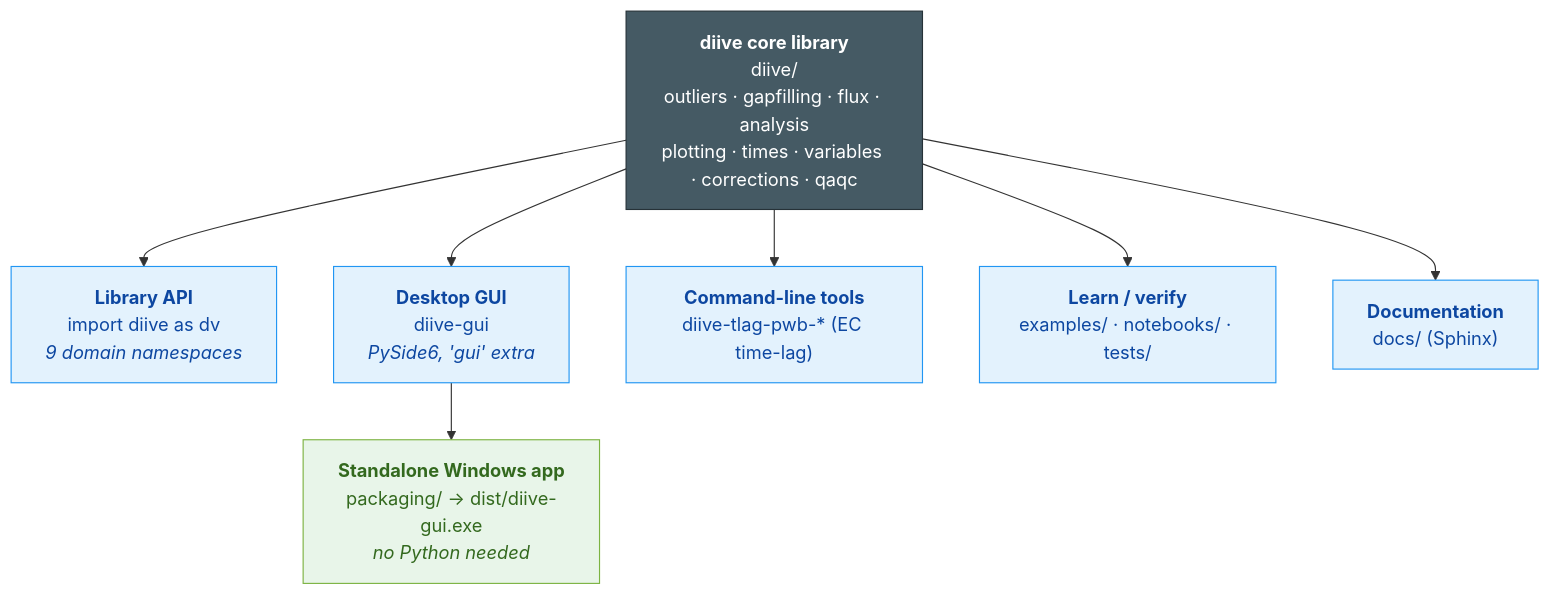
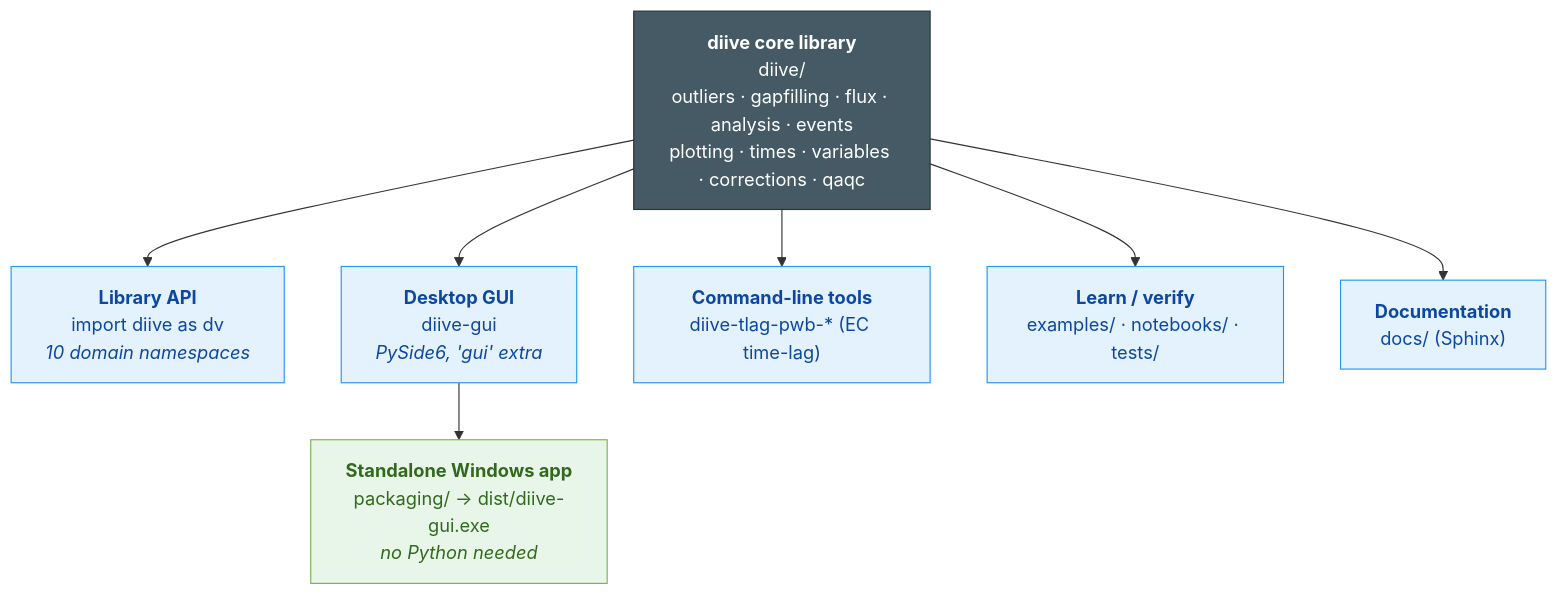
Before and after one commit to holukas/diive: the diagram in OVERVIEW.md, drawn with Mermaid. The commit also changed other lines of this file and 18 other files, not shown here.

````diff
--- a/OVERVIEW.md
+++ b/OVERVIEW.md
@@ -10,19 +10,19 @@
 ```mermaid
 flowchart TD
-    core["<b>diive core library</b><br/>diive/<br/>outliers · gapfilling · flux · analysis<br/>plotting · times · variables · corrections · qaqc"]
+    core["<b>diive core library</b><br/>diive/<br/>outliers · gapfilling · flux · analysis · events<br/>plotting · times · variables · corrections · qaqc"]
 
-    core --> lib["<b>Library API</b><br/>import diive as dv<br/><i>9 domain namespaces</i>"]
+    core --> lib["<b>Library API</b><br/>import diive as dv<br/><i>10 domain namespaces</i>"]
     core --> gui["<b>Desktop GUI</b><br/>diive-gui<br/><i>PySide6, 'gui' extra</i>"]
     core --> cli["<b>Command-line tools</b><br/>diive-tlag-pwb-* (EC time-lag)"]
     core --> learn["<b>Learn / verify</b><br/>examples/ · notebooks/ · tests/"]
     core --> docs["<b>Documentation</b><br/>docs/ (Sphinx)"]
 
     gui --> exe["<b>Standalone Windows app</b><br/>packaging/ → dist/diive-gui.exe<br/><i>no Python needed</i>"]
 
     classDef root fill:#455A64,stroke:#263238,color:#fff;
     classDef surface fill:#E3F2FD,stroke:#2196F3,color:#0D47A1;
     classDef ship fill:#E8F5E9,stroke:#7CB342,color:#33691E;
     class core root;
     class lib,gui,cli,learn,docs surface;
     class exe ship;
 ```
````
